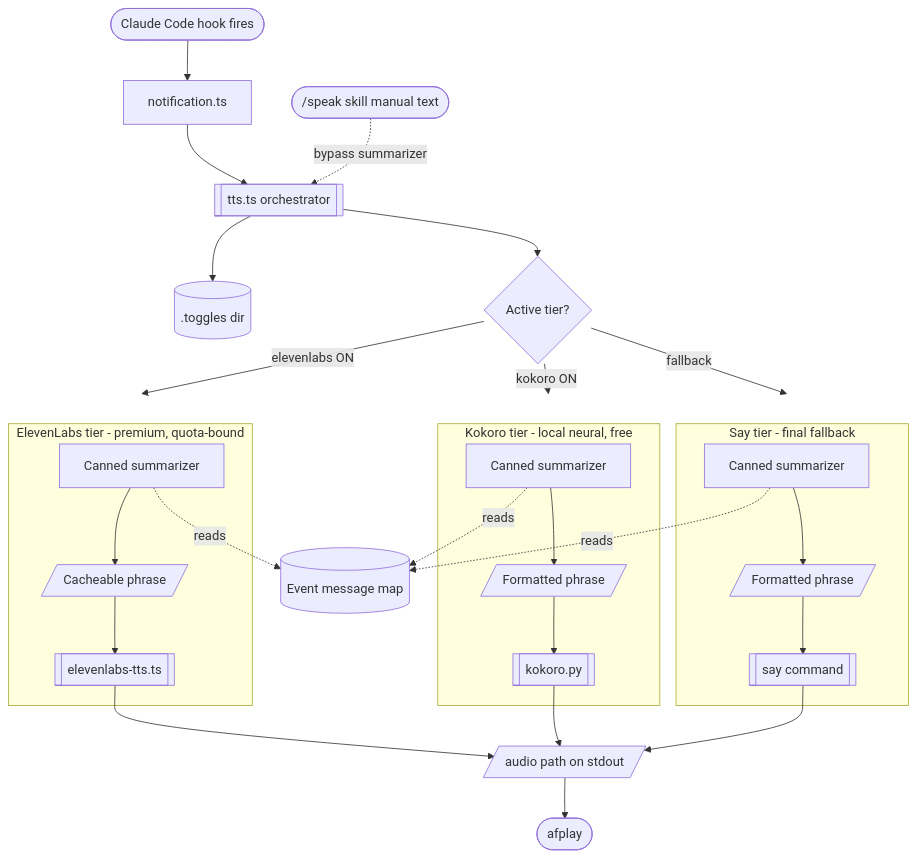
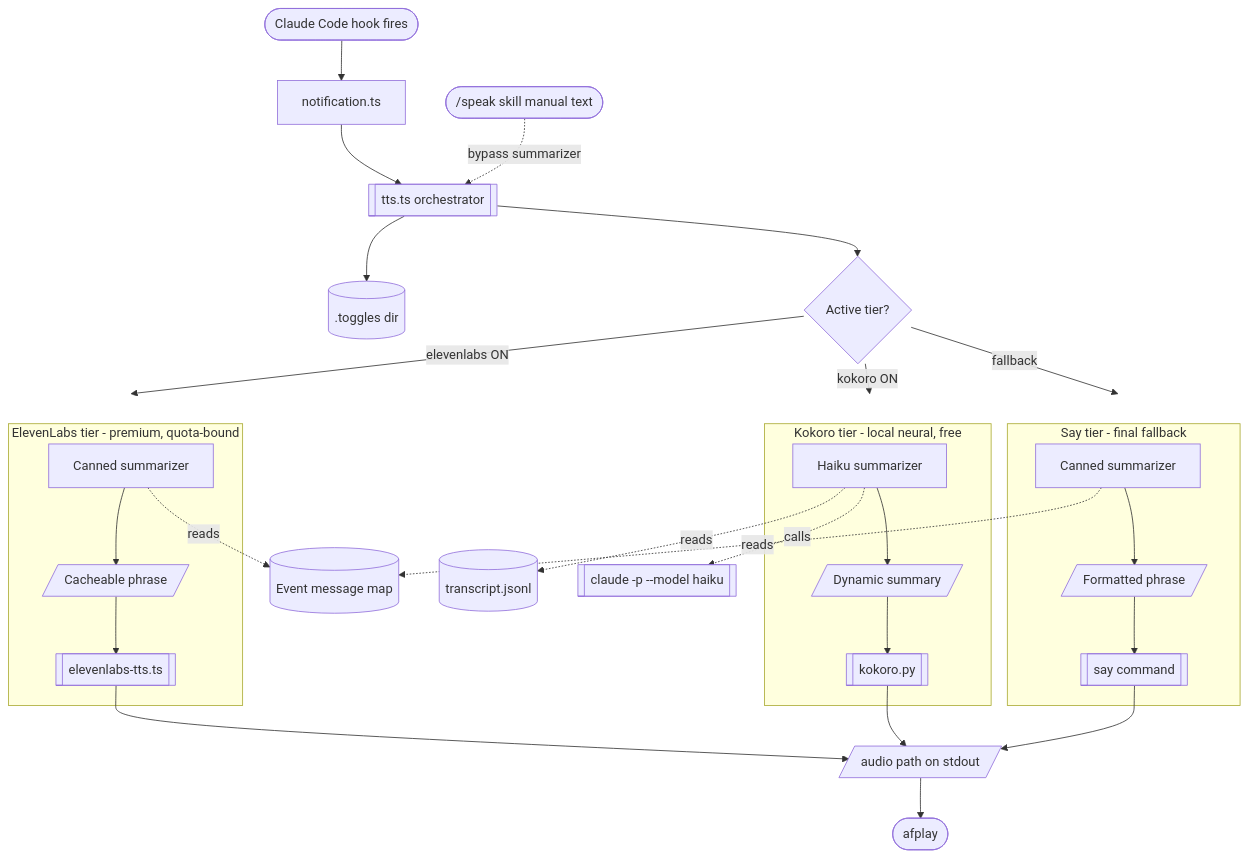
Before and after one commit to joshmu/dotfiles: the diagram in scripts/tts/README.md, drawn with Mermaid. The commit also changed other lines of this file, not shown here.

First line of the commit message:
docs(tts): correct kokoro=haiku, document decoupled display/speech

````diff
--- a/scripts/tts/README.md
+++ b/scripts/tts/README.md
@@ -10,37 +10,38 @@
 ```mermaid
 flowchart TD
     Hook([Claude Code hook fires]) --> Notif[notification.ts]
     Notif --> Orch[[tts.ts orchestrator]]
     Orch --> Toggles[(.toggles dir)]
     Orch --> Pick{Active tier?}
 
     Pick -->|elevenlabs ON| EL_GRP
     Pick -->|kokoro ON| KO_GRP
     Pick -->|fallback| SAY_GRP
 
     subgraph EL_GRP[ElevenLabs tier - premium, quota-bound]
         EL_S[Canned summarizer] --> EL_T[/Cacheable phrase/]
         EL_T --> EL_P[[elevenlabs-tts.ts]]
     end
 
     subgraph KO_GRP[Kokoro tier - local neural, free]
-        KO_S[Canned summarizer] --> KO_T[/Formatted phrase/]
+        KO_S[Haiku summarizer] --> KO_T[/Dynamic summary/]
         KO_T --> KO_P[[kokoro.py]]
     end
 
     subgraph SAY_GRP[Say tier - final fallback]
         SAY_S[Canned summarizer] --> SAY_T[/Formatted phrase/]
         SAY_T --> SAY_P[[say command]]
     end
 
     EL_S -.reads.-> EvtMap[(Event message map)]
-    KO_S -.reads.-> EvtMap
+    KO_S -.reads.-> Tx[(transcript.jsonl)]
+    KO_S -.calls.-> Haiku[[claude -p --model haiku]]
     SAY_S -.reads.-> EvtMap
 
     EL_P --> Audio[/audio path on stdout/]
     KO_P --> Audio
     SAY_P --> Audio
     Audio --> Play([afplay])
 
     Manual([/speak skill manual text]) -.bypass summarizer.-> Orch
 ```
````
